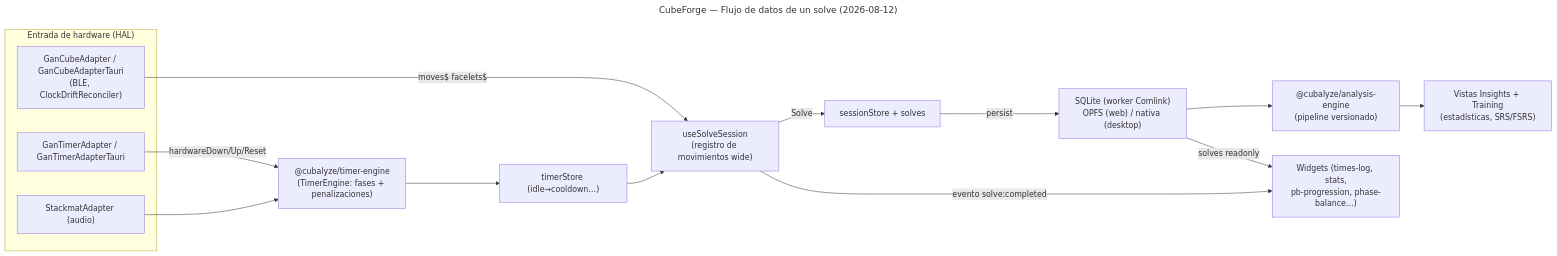
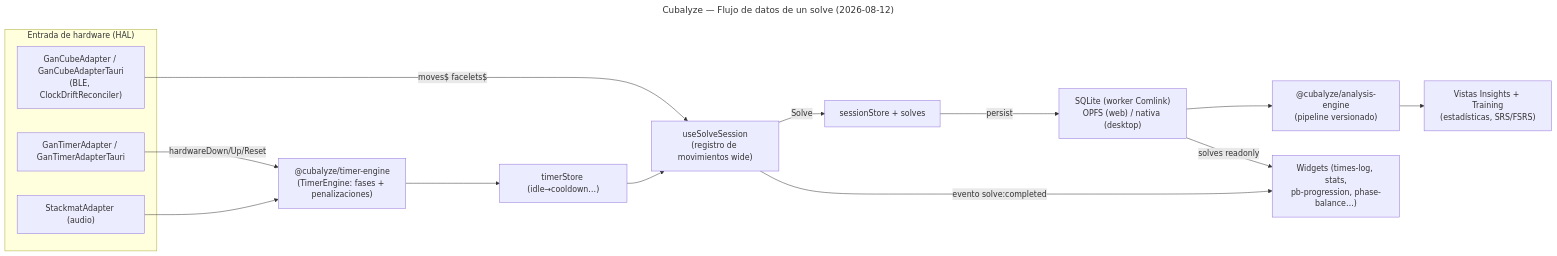
One commit to Doritozz05/Cubalyze changed the diagram in docs/02-architecture/diagrams/data-flow.mmd. Above: the diagram before and after it, drawn with Mermaid. The commit also changed 10 other files, not shown here.

```diff
--- a/docs/02-architecture/diagrams/data-flow.mmd
+++ b/docs/02-architecture/diagrams/data-flow.mmd
@@ -1,32 +1,32 @@
 ---
-title: CubeForge — Flujo de datos de un solve (2026-08-12)
+title: Cubalyze — Flujo de datos de un solve (2026-08-12)
 ---
 %% Flujo verificado contra hooks/stores reales (Fases 1-3).
 
 flowchart LR
     subgraph Hardware["Entrada de hardware (HAL)"]
         cube["GanCubeAdapter / GanCubeAdapterTauri<br/>(BLE, ClockDriftReconciler)"]
         timerHW["GanTimerAdapter / GanTimerAdapterTauri"]
         stackmat["StackmatAdapter (audio)"]
     end
 
     timer["@cubalyze/timer-engine<br/>(TimerEngine: fases + penalizaciones)"]
     timerStore["timerStore (idle→cooldown…)"]
     solveSession["useSolveSession<br/>(registro de movimientos wide)"]
     sessionStore["sessionStore + solves"]
     db["SQLite (worker Comlink)<br/>OPFS (web) / nativa (desktop)"]
     analysis["@cubalyze/analysis-engine<br/>(pipeline versionado)"]
     widgets["Widgets (times-log, stats,<br/>pb-progression, phase-balance…)"]
     insights["Vistas Insights + Training<br/>(estadísticas, SRS/FSRS)"]
 
     cube -->|"moves$ facelets$"| solveSession
     timerHW -->|"hardwareDown/Up/Reset"| timer
     stackmat --> timer
     timer --> timerStore
     timerStore --> solveSession
     solveSession -->|"Solve"| sessionStore
     sessionStore -->|"persist"| db
     db -->|"solves readonly"| widgets
     db --> analysis
     analysis --> insights
     solveSession -->|"evento solve:completed"| widgets
```
